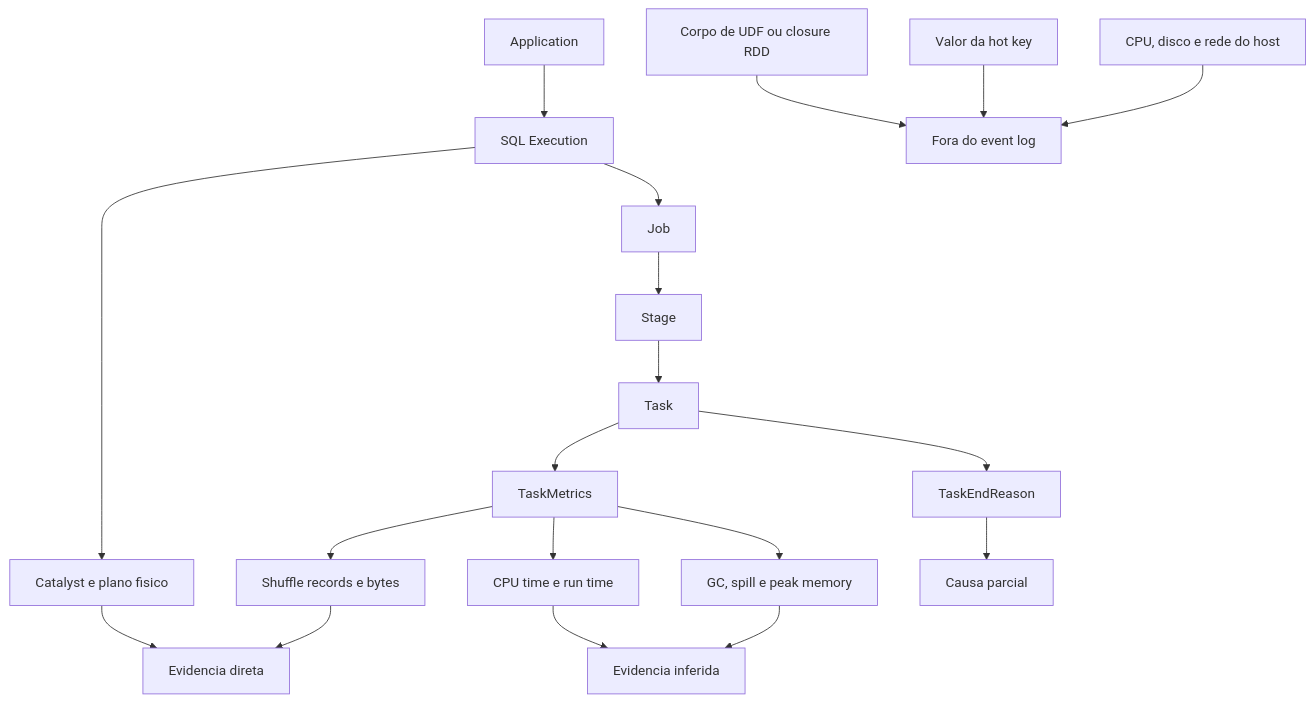
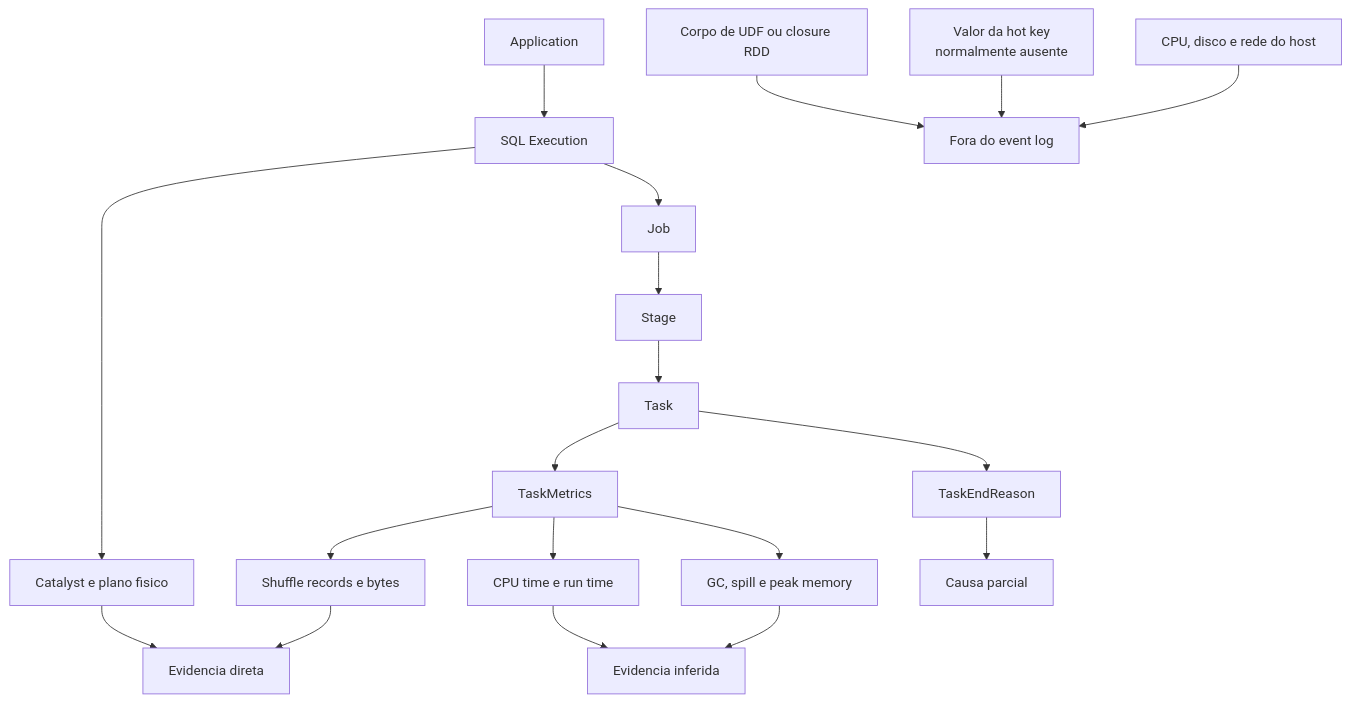
The seventh of 8 diagrams in docs/architecture/apex-solution-drilldown.md (luanmorenommaciel/apex), drawn with Mermaid before and after one commit. The commit also changed other lines of this file and 15 other files, not shown here.

````diff
--- a/docs/architecture/apex-solution-drilldown.md
+++ b/docs/architecture/apex-solution-drilldown.md
@@ -297,23 +317,23 @@
 ```mermaid
 flowchart TD
     APP["Application"] --> SQL["SQL Execution"]
     SQL --> PLAN["Catalyst e plano fisico"]
     SQL --> JOB["Job"]
     JOB --> STAGE["Stage"]
     STAGE --> TASK["Task"]
     TASK --> METRICS["TaskMetrics"]
     METRICS --> SHUFFLE["Shuffle records e bytes"]
     METRICS --> CPU["CPU time e run time"]
     METRICS --> MEMORY["GC, spill e peak memory"]
     TASK --> REASON["TaskEndReason"]
 
     PLAN --> DIRECT["Evidencia direta"]
     SHUFFLE --> DIRECT
     CPU --> INFERRED["Evidencia inferida"]
     MEMORY --> INFERRED
     REASON --> PARTIAL["Causa parcial"]
 
     CODE["Corpo de UDF ou closure RDD"] --> OUTSIDE["Fora do event log"]
-    HOTKEY["Valor da hot key"] --> OUTSIDE
+    HOTKEY["Valor da hot key<br/>normalmente ausente"] --> OUTSIDE
     HOST["CPU, disco e rede do host"] --> OUTSIDE
 ```
````
